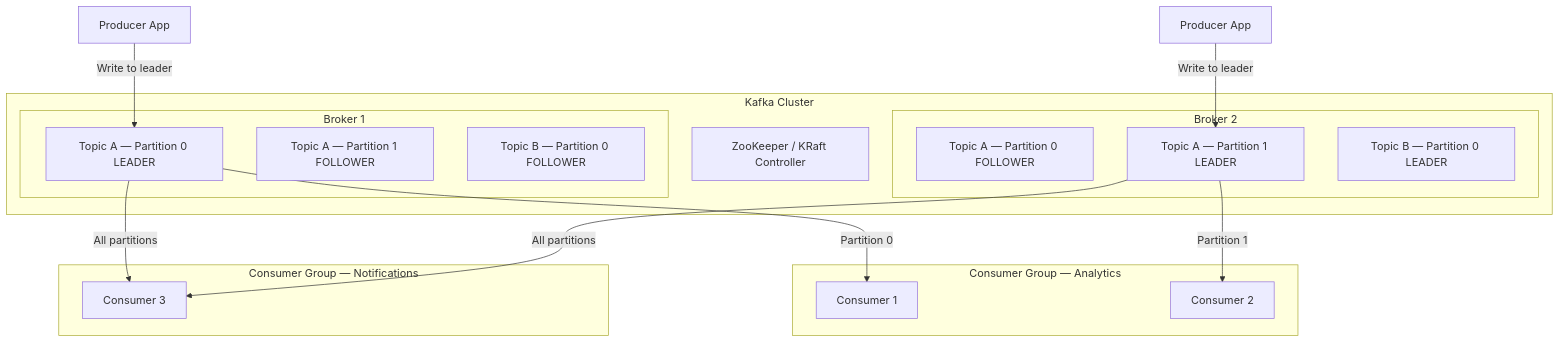
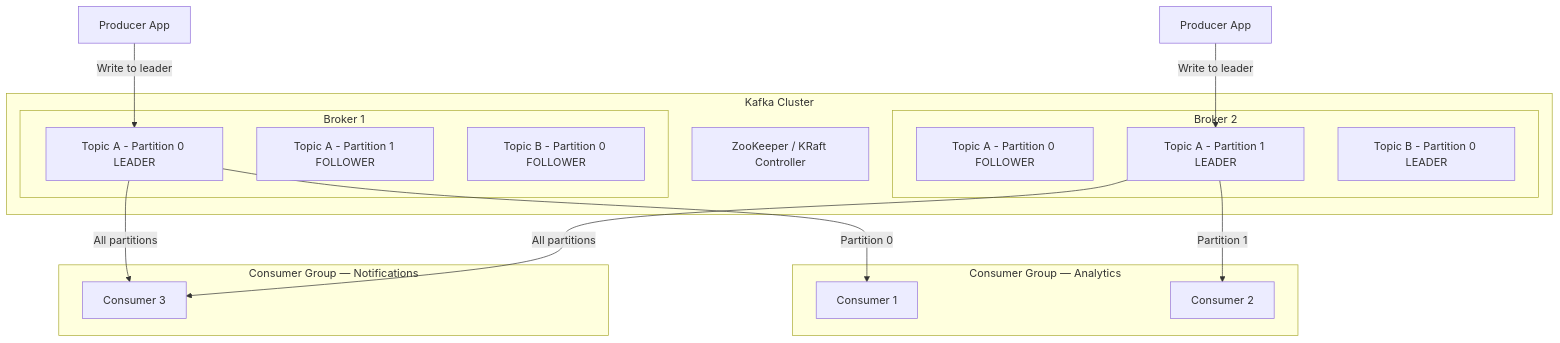
One commit to bachdx2812/dev-learning-hub changed the fourth of 9 diagrams in system-design/part-2-building-blocks/ch11-message-queues.md. Above: the diagram before and after it, drawn with Mermaid. The commit also changed 11 other files, not shown here.

First line of the commit message:
fix: resolve Mermaid rendering issues and broken links

````diff
--- a/system-design/part-2-building-blocks/ch11-message-queues.md
+++ b/system-design/part-2-building-blocks/ch11-message-queues.md
@@ -174,34 +174,34 @@
 ```mermaid
 graph TD
   subgraph Cluster["Kafka Cluster"]
     ZK[ZooKeeper / KRaft Controller]
 
     subgraph Broker1["Broker 1"]
-      T1P0[Topic A — Partition 0 LEADER]
-      T1P1[Topic A — Partition 1 FOLLOWER]
-      T2P0[Topic B — Partition 0 FOLLOWER]
+      T1P0["Topic A - Partition 0 LEADER"]
+      T1P1["Topic A - Partition 1 FOLLOWER"]
+      T2P0["Topic B - Partition 0 FOLLOWER"]
     end
 
     subgraph Broker2["Broker 2"]
-      T1P0R[Topic A — Partition 0 FOLLOWER]
-      T1P1L[Topic A — Partition 1 LEADER]
-      T2P0L[Topic B — Partition 0 LEADER]
+      T1P0R["Topic A - Partition 0 FOLLOWER"]
+      T1P1L["Topic A - Partition 1 LEADER"]
+      T2P0L["Topic B - Partition 0 LEADER"]
     end
   end
 
   P1[Producer App] -->|Write to leader| T1P0
   P2[Producer App] -->|Write to leader| T1P1L
 
   subgraph CG1["Consumer Group — Analytics"]
     C1[Consumer 1]
     C2[Consumer 2]
   end
 
   subgraph CG2["Consumer Group — Notifications"]
     C3[Consumer 3]
   end
 
   T1P0 -->|Partition 0| C1
   T1P1L -->|Partition 1| C2
   T1P0 & T1P1L -->|All partitions| C3
 ```
````
